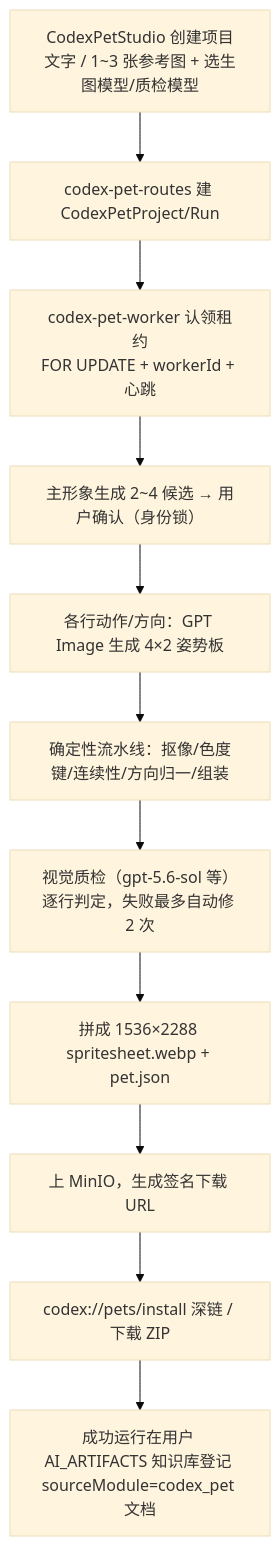
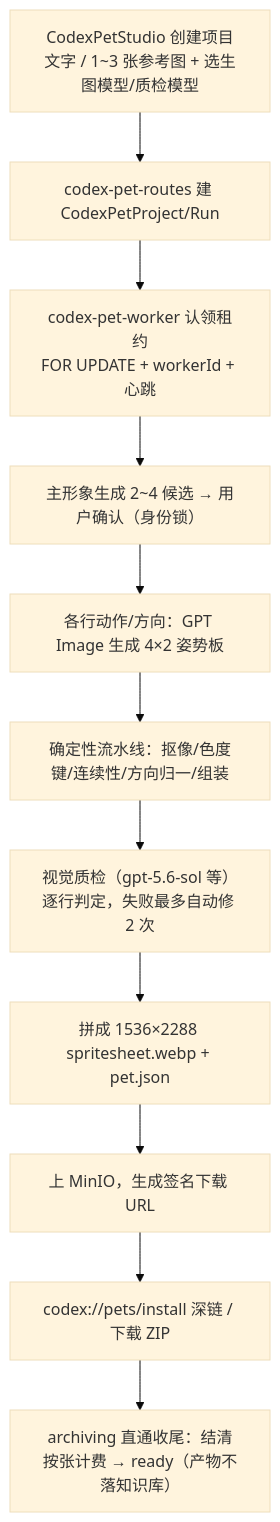
Before and after one commit to a1150534468/ai-project: the diagram in docs/codex-pet.md, drawn with Mermaid (base theme). The commit also changed other lines of this file and 38 other files, not shown here.

````diff
--- a/docs/codex-pet.md
+++ b/docs/codex-pet.md
@@ -24,13 +24,13 @@
 ```mermaid
 flowchart TD
     A["CodexPetStudio 创建项目<br/>文字 / 1~3 张参考图 + 选生图模型/质检模型"] --> B["codex-pet-routes 建 CodexPetProject/Run"]
     B --> C["codex-pet-worker 认领租约<br/>FOR UPDATE + workerId + 心跳"]
     C --> D["主形象生成 2~4 候选 → 用户确认（身份锁）"]
     D --> E["各行动作/方向：GPT Image 生成 4×2 姿势板"]
     E --> F["确定性流水线：抠像/色度键/连续性/方向归一/组装"]
     F --> G["视觉质检（gpt-5.6-sol 等）逐行判定，失败最多自动修 2 次"]
     G --> H["拼成 1536×2288 spritesheet.webp + pet.json"]
     H --> I["上 MinIO，生成签名下载 URL"]
     I --> J["codex://pets/install 深链 / 下载 ZIP"]
-    J --> K["成功运行在用户 AI_ARTIFACTS 知识库登记 sourceModule=codex_pet 文档"]
+    J --> K["archiving 直通收尾：结清按张计费 → ready（产物不落知识库）"]
 ```
````
